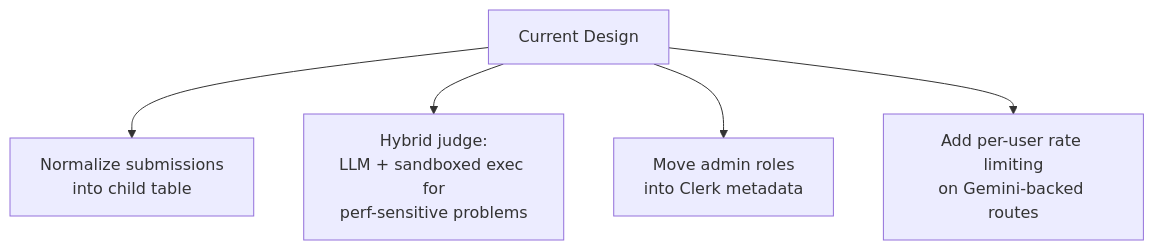
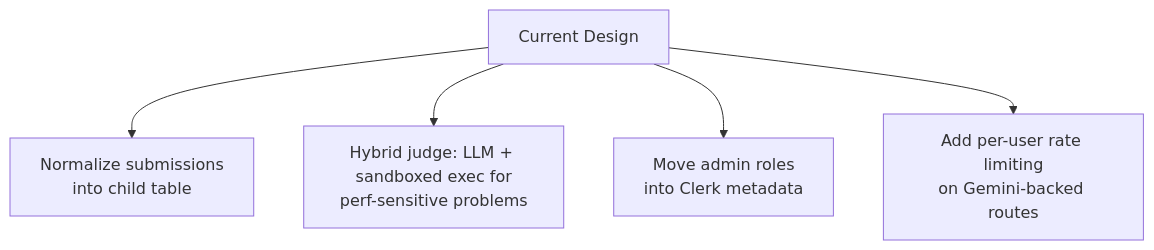
Before and after one commit to DevSars24/codeify: diagram 22 of 22 in README.md, drawn with Mermaid. The commit also changed other lines of this file, not shown here.

````diff
--- a/README.md
+++ b/README.md
@@ -643,7 +643,7 @@
 ```mermaid
 graph TD
     Now[Current Design] --> R1[Normalize submissions<br/>into child table]
-    Now --> R2[Hybrid judge:<br/>LLM + sandboxed exec for<br/>perf-sensitive problems]
+    Now --> R2["Hybrid judge: LLM + sandboxed exec for<br/>perf-sensitive problems"]
     Now --> R3[Move admin roles<br/>into Clerk metadata]
     Now --> R4[Add per-user rate limiting<br/>on Gemini-backed routes]
 ```
````
